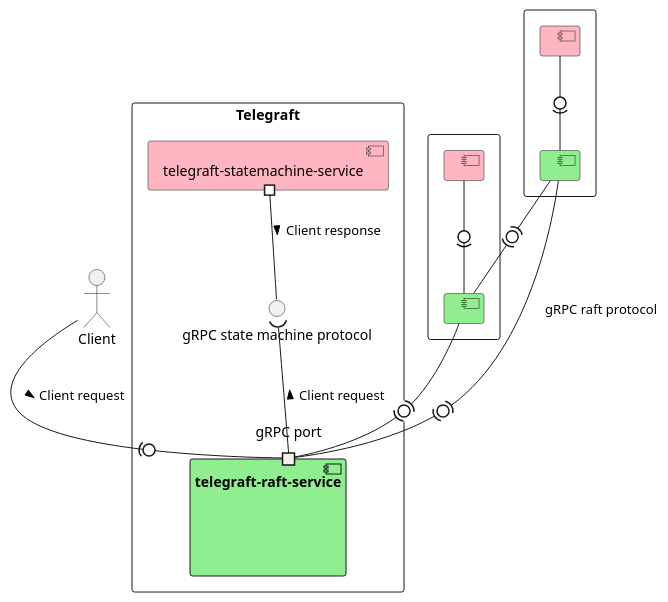
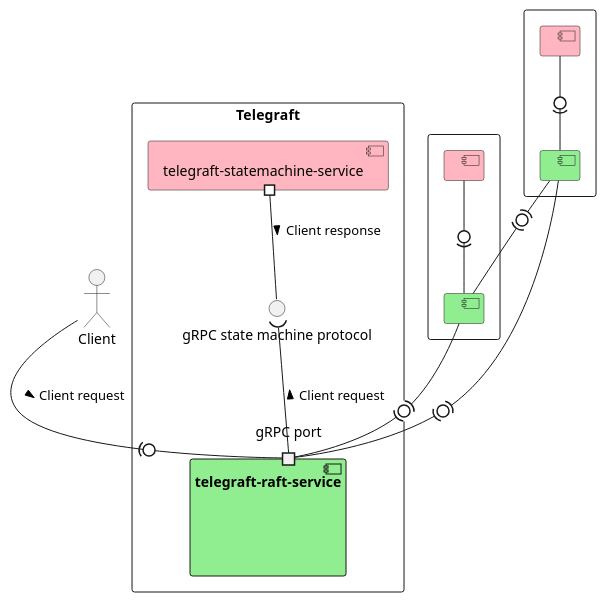
Before and after one commit to strang3nt/Telegraft: the diagram in docs/diagrams/src/cd_microservices.plantuml, drawn with PlantUML. The commit also changed 5 other files, not shown here.

Commit message:
Diagram that shows services architecture

```diff
--- a/docs/diagrams/src/cd_microservices.plantuml
+++ b/docs/diagrams/src/cd_microservices.plantuml
@@ -1,42 +1,42 @@
 @startuml
 
 rectangle Telegraft {
 
 component [telegraft-statemachine-service] as sm #LightPink
 component "telegraft-raft-service" as r #LightGreen {
   port "gRPC port" as grpcServer
 }
 
 interface "gRPC state machine protocol" as i
 
 }
 
 rectangle {
   [ ] as s3 #LightPink
   [ ] as r3 #LightGreen
   s3 -0)- r3
 }
 
 actor Client
 
 
 
 
 
 Client -(0- grpcServer: Client request >
 
 sm #-- i : Client response >
 i )-- grpcServer: Client request <
 
 rectangle {
   [ ] as s2 #LightPink
   [ ] as r2 #LightGreen
   s2 -0)- r2
 }
 
-r2 -(0)- grpcServer: gRPC raft protocol
+r2 -(0)- grpcServer
 
 r3 -(0)- grpcServer
 r2 -(0)- r3
 
 @enduml
```
